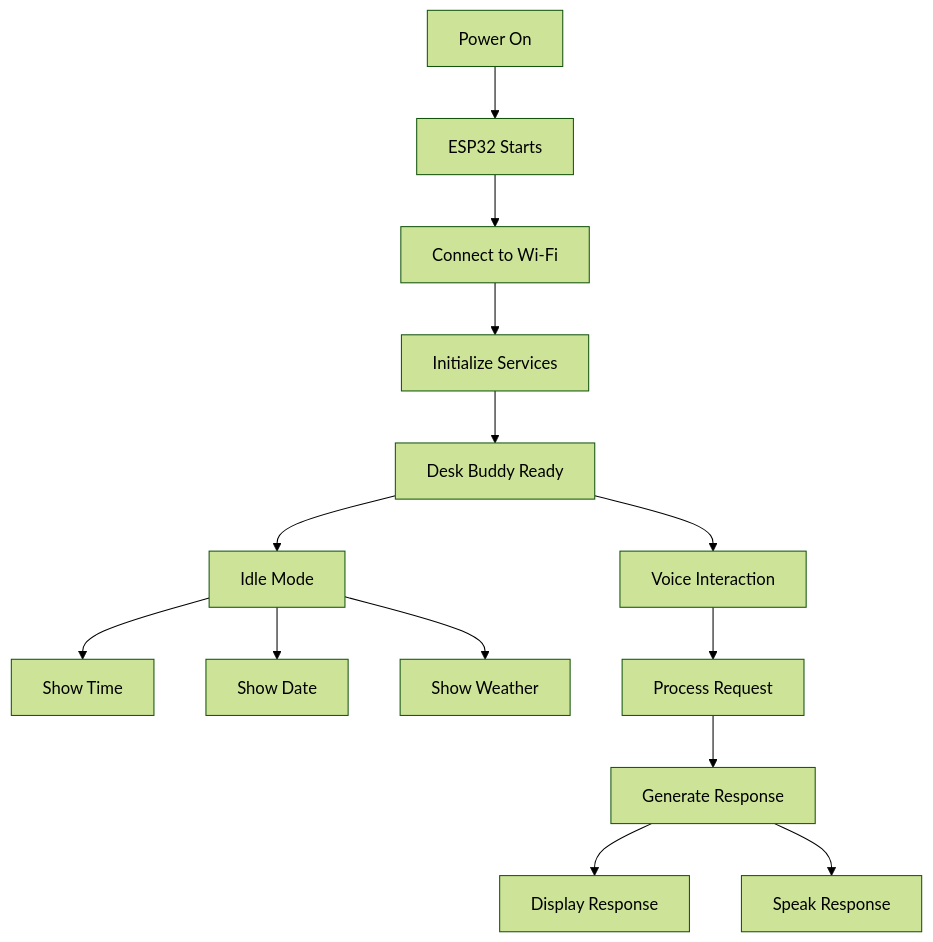
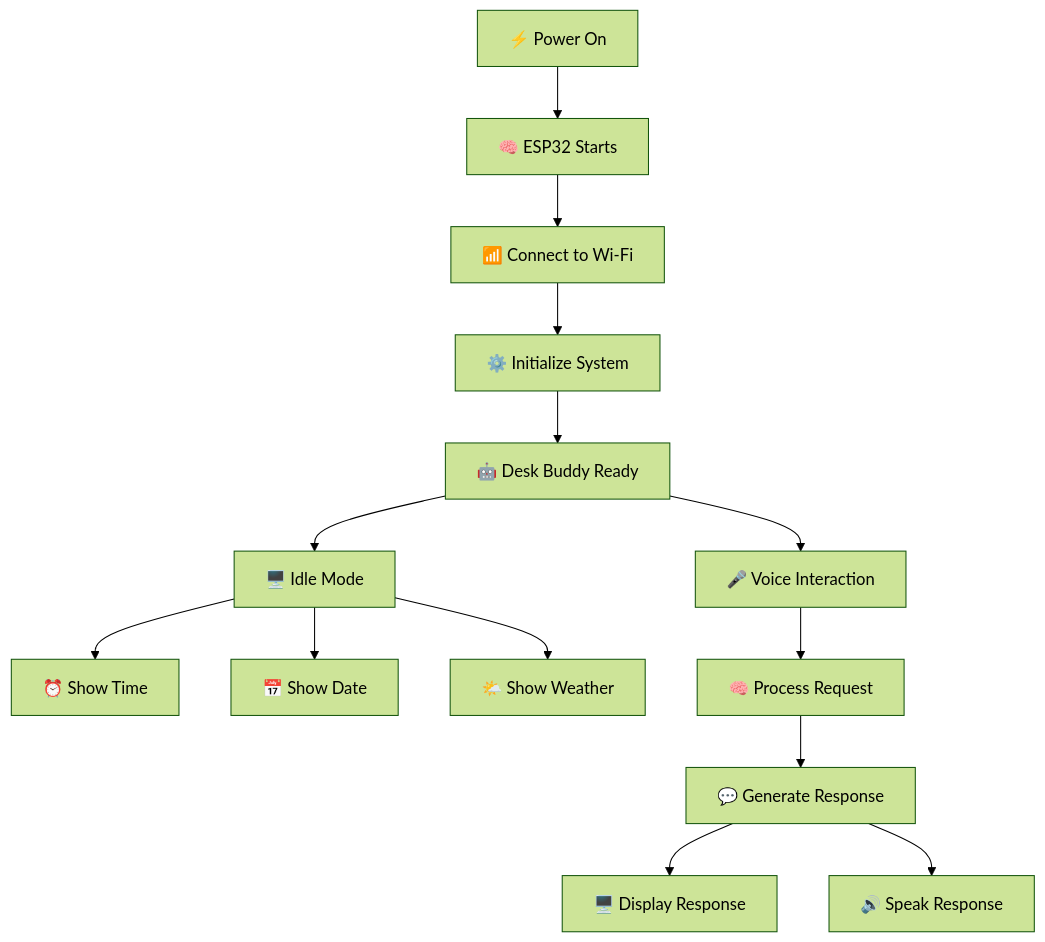
Before and after one commit to EnrGHackeR/Ghum: the first of 10 diagrams in README.md, drawn with Mermaid (forest theme). The commit also changed other lines of this file, not shown here.

````diff
--- a/README.md
+++ b/README.md
@@ -60,19 +74,20 @@
 ```mermaid
 flowchart TD
-    A[Power On] --> B[ESP32 Starts]
-    B --> C[Connect to Wi-Fi]
-    C --> D[Initialize Services]
-    D --> E[Desk Buddy Ready]
+    A[⚡ Power On] --> B[🧠 ESP32 Starts]
+    B --> C[📶 Connect to Wi-Fi]
+    C --> D[⚙️ Initialize System]
+    D --> E[🤖 Desk Buddy Ready]
 
-    E --> F[Idle Mode]
-    F --> G[Show Time]
-    F --> H[Show Date]
-    F --> I[Show Weather]
+    E --> F[🖥️ Idle Mode]
+    E --> G[🎤 Voice Interaction]
 
-    E --> J[Voice Interaction]
-    J --> K[Process Request]
-    K --> L[Generate Response]
+    F --> H[⏰ Show Time]
+    F --> I[📅 Show Date]
+    F --> J[🌤️ Show Weather]
 
-    L --> M[Display Response]
-    L --> N[Speak Response]
+    G --> K[🧠 Process Request]
+    K --> L[💬 Generate Response]
+
+    L --> M[🖥️ Display Response]
+    L --> N[🔊 Speak Response]
 ```
````
